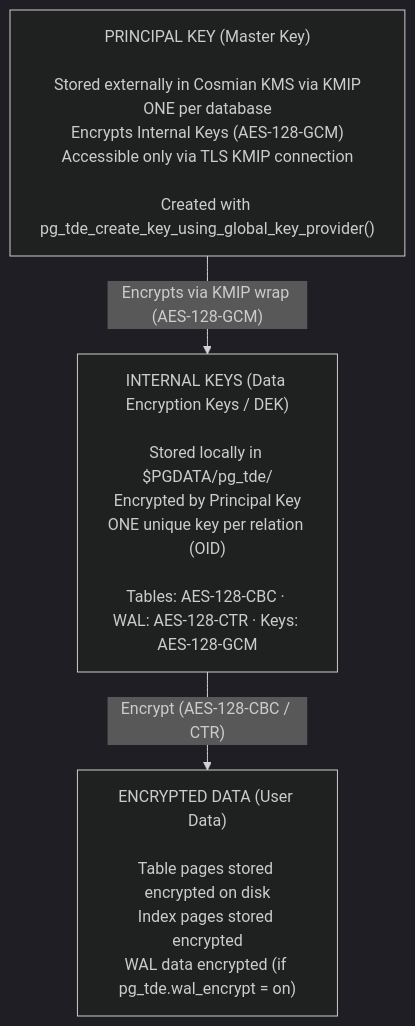
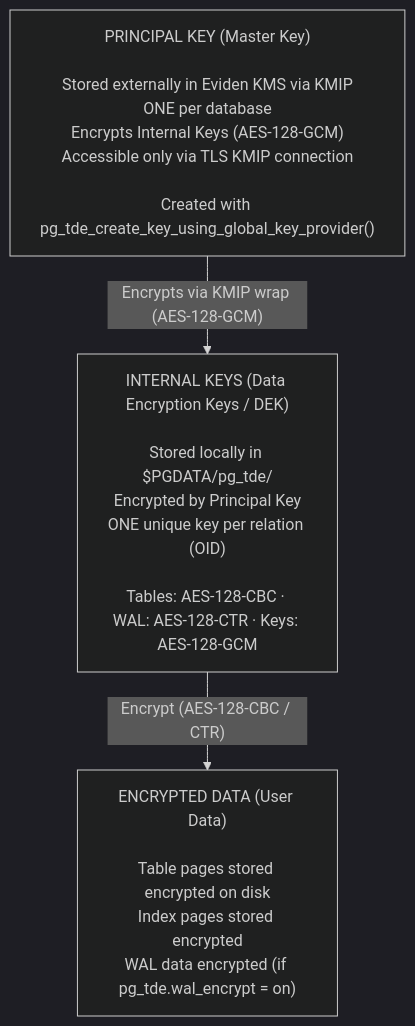
One commit to Cosmian/kms changed the third of 5 diagrams in documentation/docs/integrations/databases/percona.md. Above: the diagram before and after it, drawn with Mermaid (dark theme). The commit also changed other lines of this file and 79 other files, not shown here.

````diff
--- a/documentation/docs/integrations/databases/percona.md
+++ b/documentation/docs/integrations/databases/percona.md
@@ -273,8 +273,8 @@
 ```mermaid
 flowchart TB
-    principal["PRINCIPAL KEY (Master Key)<br/><br/>Stored externally in Cosmian KMS via KMIP<br/>ONE per database<br/>Encrypts Internal Keys (AES-128-GCM)<br/>Accessible only via TLS KMIP connection<br/><br/>Created with pg_tde_create_key_using_global_key_provider()"]
+    principal["PRINCIPAL KEY (Master Key)<br/><br/>Stored externally in Eviden KMS via KMIP<br/>ONE per database<br/>Encrypts Internal Keys (AES-128-GCM)<br/>Accessible only via TLS KMIP connection<br/><br/>Created with pg_tde_create_key_using_global_key_provider()"]
     internal["INTERNAL KEYS (Data Encryption Keys / DEK)<br/><br/>Stored locally in $PGDATA/pg_tde/<br/>Encrypted by Principal Key<br/>ONE unique key per relation (OID)<br/><br/>Tables: AES-128-CBC · WAL: AES-128-CTR · Keys: AES-128-GCM"]
     data["ENCRYPTED DATA (User Data)<br/><br/>Table pages stored encrypted on disk<br/>Index pages stored encrypted<br/>WAL data encrypted (if pg_tde.wal_encrypt = on)"]
     principal -->|"Encrypts via KMIP wrap (AES-128-GCM)"| internal
     internal -->|"Encrypt (AES-128-CBC / CTR)"| data
 ```
````
